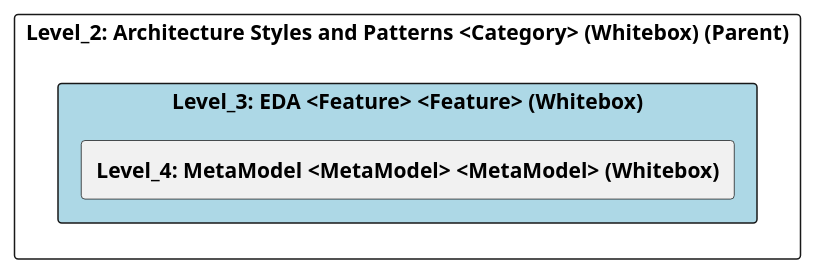
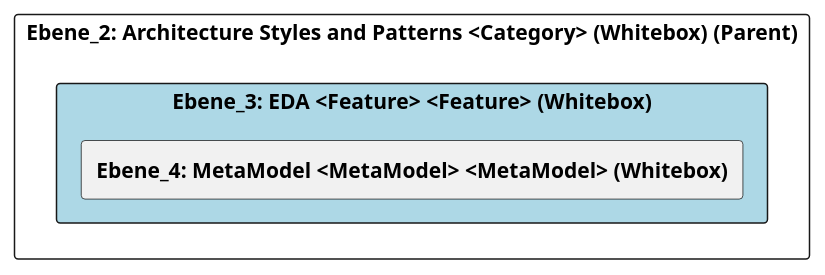
Before and after one commit to marcozwyssig/cleon: the diagram in doc/cleonproject_deliverables_architecture_model_architecture/adoc/de/05_bausteinsicht/cleon/architecture_styles_and_patterns/eda/ebene_3_eda.adoc, drawn with PlantUML. The commit also changed other lines of this file and 150 other files, not shown here.

```diff
--- a/doc/cleonproject_deliverables_architecture_model_architecture/adoc/de/05_bausteinsicht/cleon/architecture_styles_and_patterns/eda/ebene_3_eda.adoc
+++ b/doc/cleonproject_deliverables_architecture_model_architecture/adoc/de/05_bausteinsicht/cleon/architecture_styles_and_patterns/eda/ebene_3_eda.adoc
@@ -20,26 +20,24 @@
-[plantuml, Level_3: EDA <Feature> <Feature> (Whitebox)BlockOverview, format="svg"]
+[plantuml, Ebene_3: EDA <Feature> <Feature> (Whitebox)BlockOverview, format="svg"]
 ----
-@startuml Level_3: EDA <Feature> <Feature> (Whitebox)BuildingBlockOverview
+@startuml Ebene_3: EDA <Feature> <Feature> (Whitebox)BuildingBlockOverview
 
 skinparam ranksep 10
 skinparam componentStyle rectangle
 skinparam shadowing false
 skinparam arrowColor lightblue
 skinparam arrowThickness 1.2
 skinparam rectangle {
   BackgroundColor White
   BorderColor #333
   RoundCorner 10
 }
 top to bottom direction
 
-component "Level_2: Architecture Styles and Patterns <Category> (Whitebox) (Parent)" {
-    component "Level_3: EDA <Feature> <Feature> (Whitebox)" #lightblue {
-        [**Level_4: MetaModel <MetaModel> <MetaModel> (Whitebox)**] as 4A56DE46_D579_11EE_903E_9F564E4DE07E
+component "Ebene_2: Architecture Styles and Patterns <Category> (Whitebox) (Parent)" {
+    component "Ebene_3: EDA <Feature> <Feature> (Whitebox)" #lightblue {
+        [**Ebene_4: MetaModel <MetaModel> <MetaModel> (Whitebox)**] as 4A56DE46_D579_11EE_903E_9F564E4DE07E
     }
-
-    
 }
 
 @enduml
 ----
```
